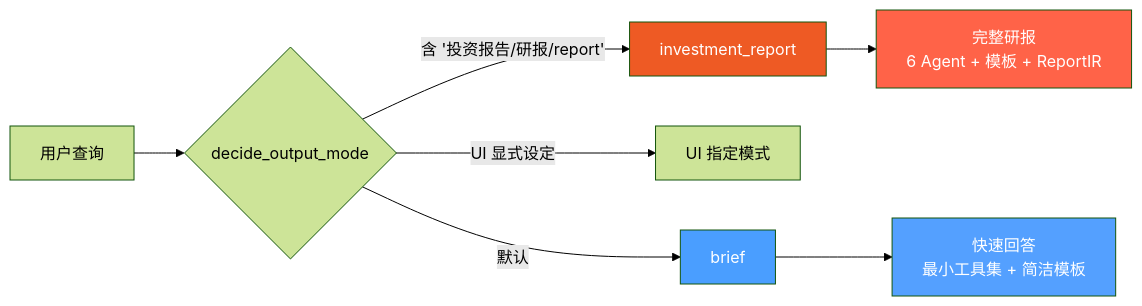
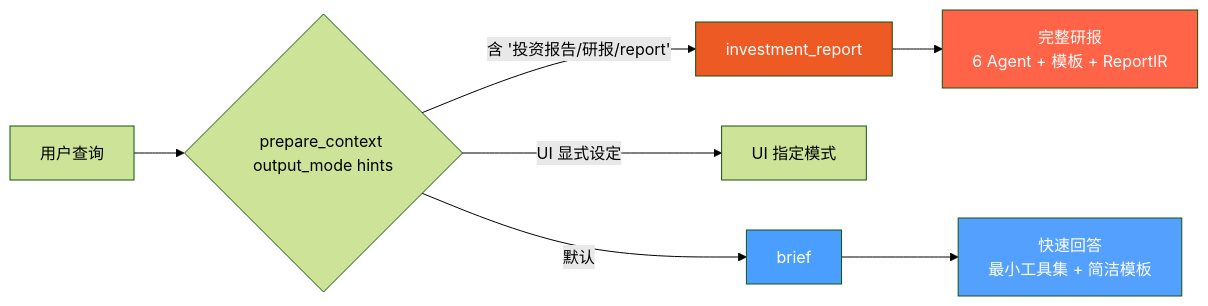
The third of 24 diagrams in docs/LANGGRAPH_PIPELINE_DEEP_DIVE.md (kkkano/FinSight), drawn with Mermaid (forest theme) before and after one commit. The commit also changed other lines of this file and 13 other files, not shown here.

Commit message:
docs: finalize request understanding architecture

````diff
--- a/docs/LANGGRAPH_PIPELINE_DEEP_DIVE.md
+++ b/docs/LANGGRAPH_PIPELINE_DEEP_DIVE.md
@@ -141,16 +135,16 @@
 ```mermaid
 flowchart LR
-    Q[用户查询] --> DM{decide_output_mode}
+    Q[用户查询] --> DM{prepare_context output_mode hints}
 
     DM -->|"含 '投资报告/研报/report'"| IR[investment_report]
     DM -->|"UI 显式设定"| EXPLICIT[UI 指定模式]
     DM -->|"默认"| BRIEF[brief]
 
     IR --> FULL[完整研报<br/>6 Agent + 模板 + ReportIR]
     BRIEF --> QUICK[快速回答<br/>最小工具集 + 简洁模板]
 
     style IR fill:#ee5a24,color:#fff
     style BRIEF fill:#4a9eff,color:#fff
     style FULL fill:#ff6348,color:#fff
     style QUICK fill:#54a0ff,color:#fff
 ```
````
